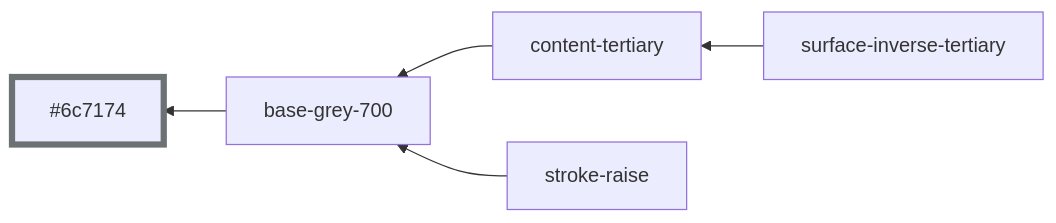
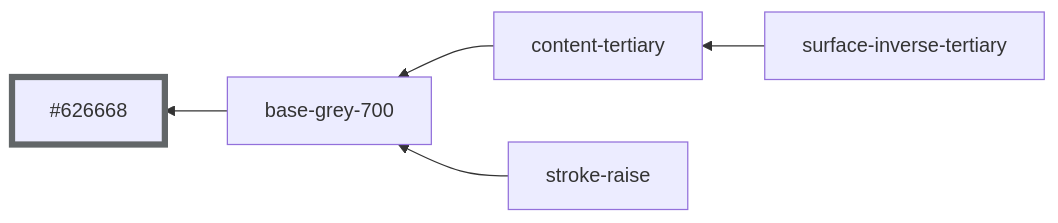
One commit to oxidecomputer/console changed diagram 23 of 30 in libs/ui/styles/themes/main.md. Above: the diagram before and after it, drawn with Mermaid. The commit also changed other lines of this file and 2 other files, not shown here.

````diff
--- a/libs/ui/styles/themes/main.md
+++ b/libs/ui/styles/themes/main.md
@@ -296,9 +296,9 @@
 ```mermaid
 graph RL
-  base-grey-700 --> #6c7174:::base-grey-700
+  base-grey-700 --> #626668:::base-grey-700
   surface-inverse-tertiary --> content-tertiary
   content-tertiary --> base-grey-700
   stroke-raise --> base-grey-700
 
-  classDef base-grey-700 stroke-width:5,stroke:#6c7174
+  classDef base-grey-700 stroke-width:5,stroke:#626668
 ```
````
